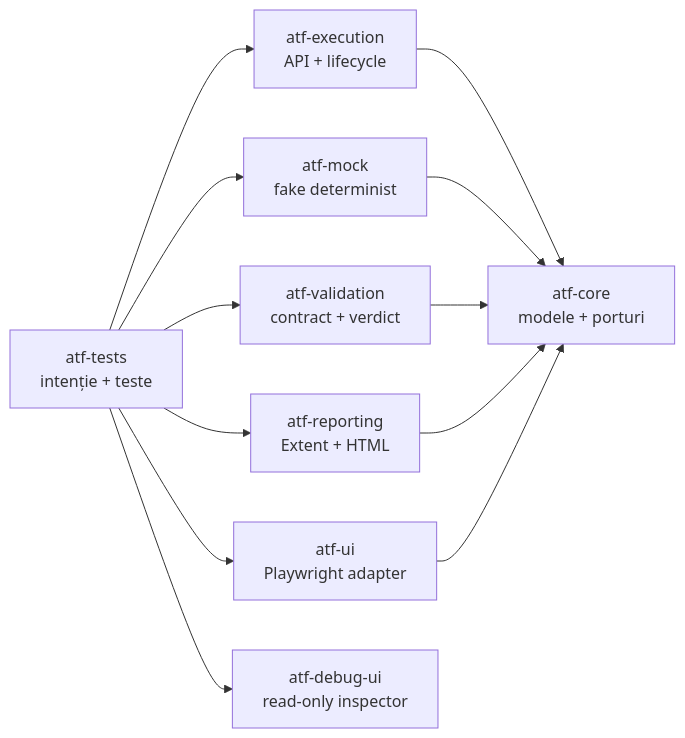
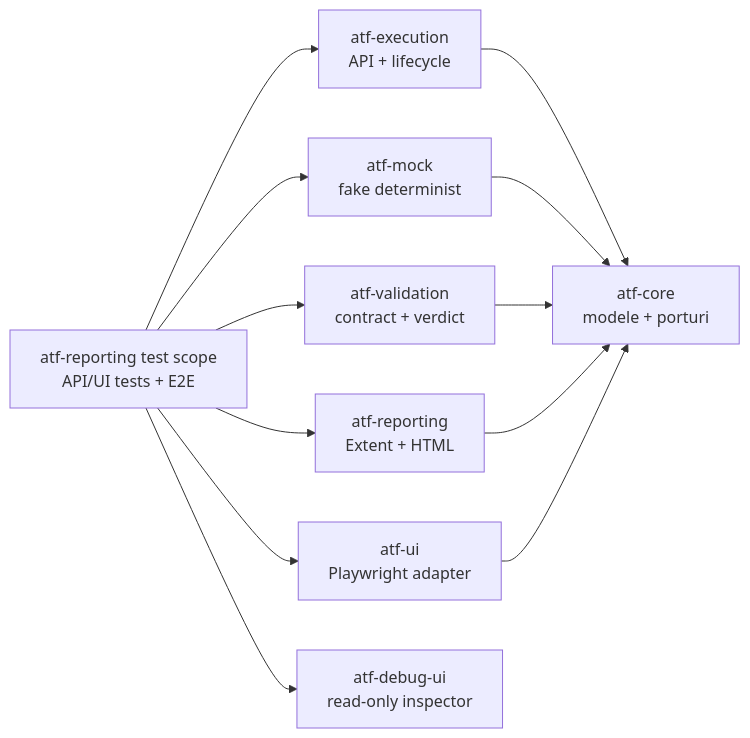
The second of 2 diagrams in docs/README.md (crististefanita/demo2), drawn with Mermaid before and after one commit. The commit also changed other lines of this file and 647 other files, not shown here.

````diff
--- a/docs/README.md
+++ b/docs/README.md
@@ -44,14 +59,14 @@
 ```mermaid
 flowchart LR
-    Tests[atf-tests<br/>intenție + teste] --> Execution[atf-execution<br/>API + lifecycle]
-    Tests --> Mock[atf-mock<br/>fake determinist]
-    Tests --> Validation[atf-validation<br/>contract + verdict]
-    Tests --> Reporting[atf-reporting<br/>Extent + HTML]
-    Tests --> Ui[atf-ui<br/>Playwright adapter]
-    Tests --> DebugUi[atf-debug-ui<br/>read-only inspector]
+    ReportingTests[atf-reporting test scope<br/>API/UI tests + E2E] --> Execution[atf-execution<br/>API + lifecycle]
+    ReportingTests --> Mock[atf-mock<br/>fake determinist]
+    ReportingTests --> Validation[atf-validation<br/>contract + verdict]
+    ReportingTests --> Reporting[atf-reporting<br/>Extent + HTML]
+    ReportingTests --> Ui[atf-ui<br/>Playwright adapter]
+    ReportingTests --> DebugUi[atf-debug-ui<br/>read-only inspector]
     Execution --> Core[atf-core<br/>modele + porturi]
     Mock --> Core
     Validation --> Core
     Reporting --> Core
     Ui --> Core
 ```
````
